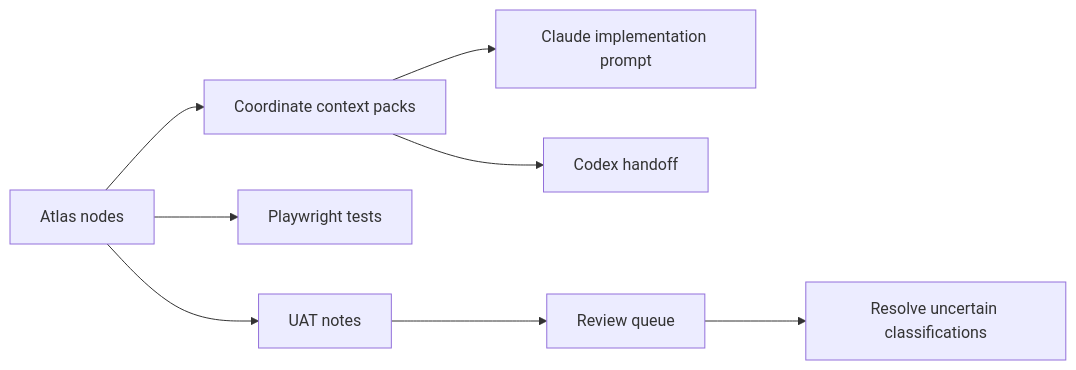
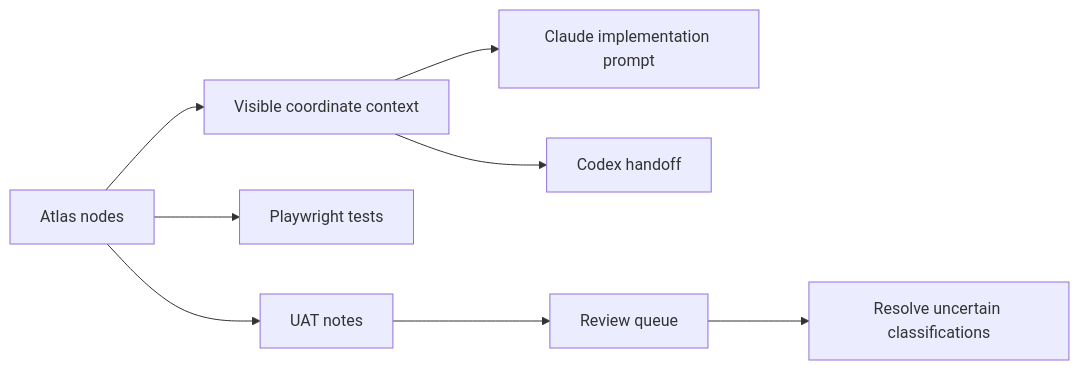
One commit to kza-hps/contextatlas changed the diagram in examples/vouchme/context-atlas/diagrams/L5-ai-ops-map.mmd. Above: the diagram before and after it, drawn with Mermaid. The commit also changed 8 other files, not shown here.

```diff
--- a/examples/vouchme/context-atlas/diagrams/L5-ai-ops-map.mmd
+++ b/examples/vouchme/context-atlas/diagrams/L5-ai-ops-map.mmd
@@ -1,8 +1,8 @@
 flowchart LR
-  A["Atlas nodes"] --> B["Coordinate context packs"]
+  A["Atlas nodes"] --> B["Visible coordinate context"]
   B --> C["Claude implementation prompt"]
   B --> D["Codex handoff"]
   A --> E["Playwright tests"]
   A --> F["UAT notes"]
   F --> G["Review queue"]
   G --> H["Resolve uncertain classifications"]
```
